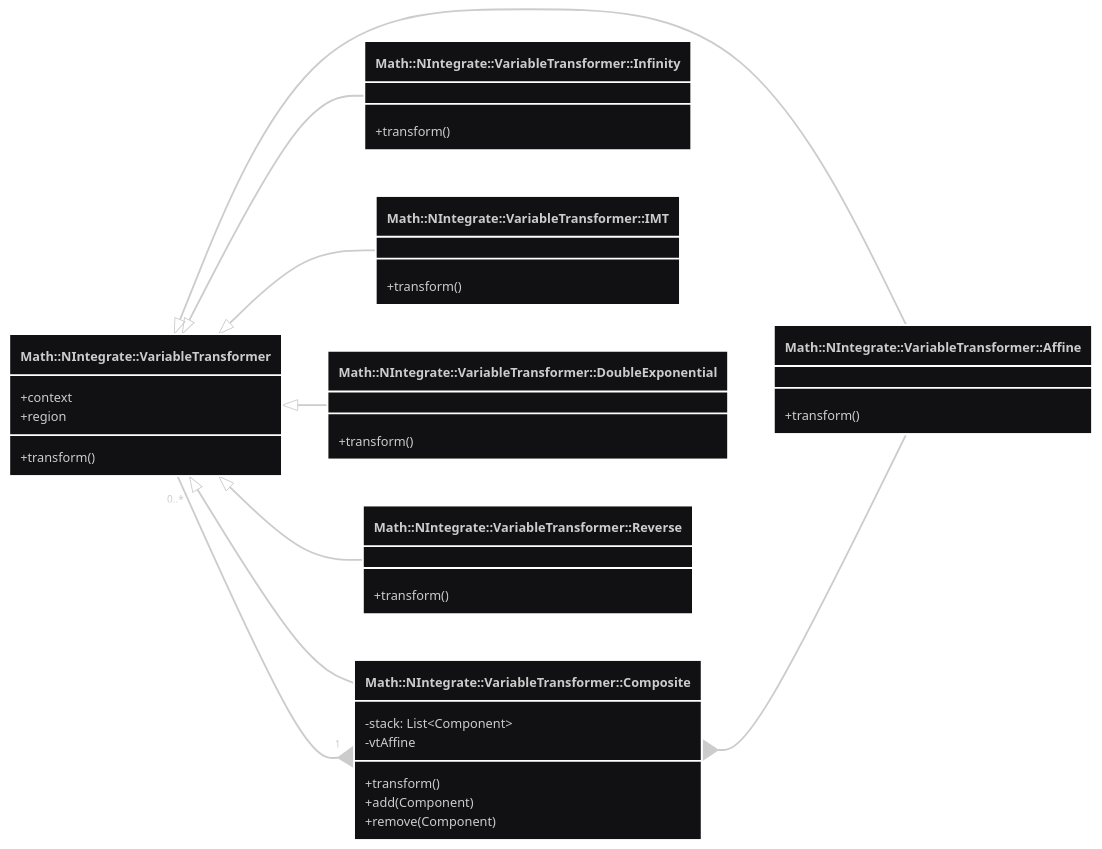
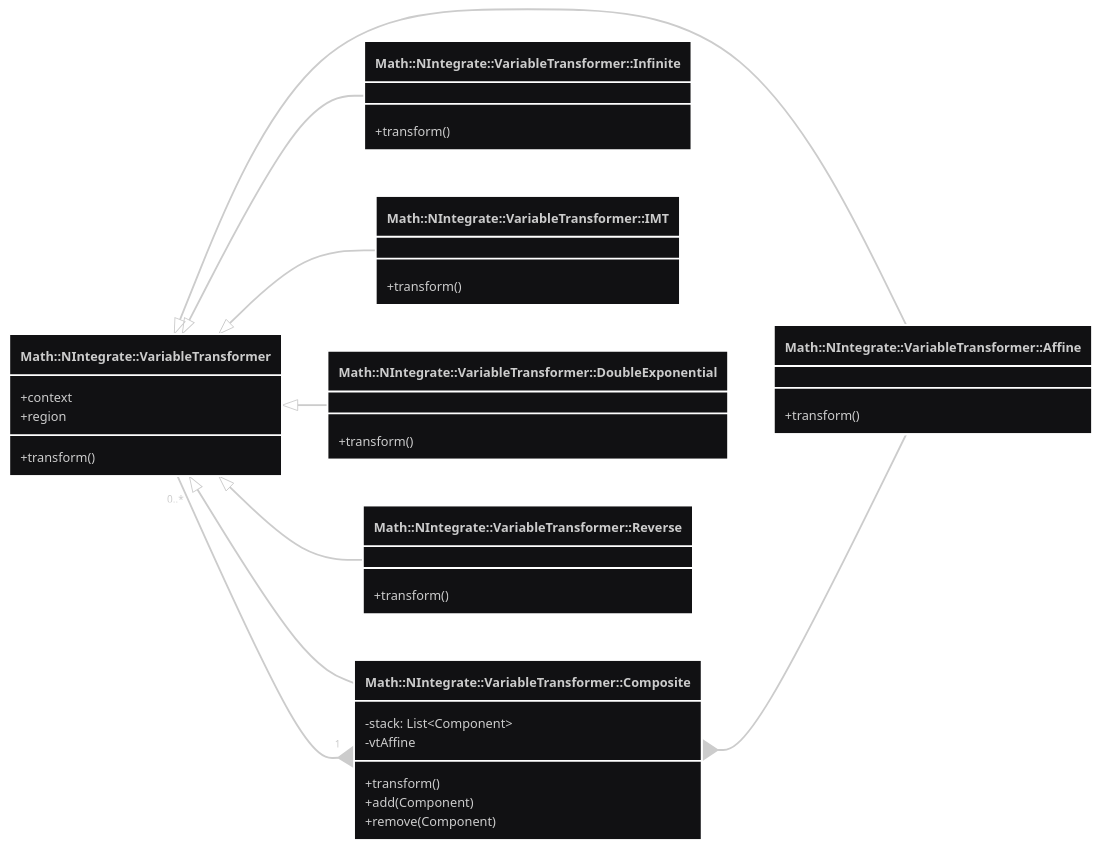
Before and after one commit to antononcube/Raku-Math-NIntegrate: the diagram in docs/Design.md, drawn with Mermaid. The commit also changed other lines of this file and 11 other files, not shown here.

Commit message:
refactor!:Better variable transformer name: Math::NIntegrate::VariableTransformer::Infinity -> Math::NIntegrate::VariableTransformer::Infinite .

````diff
--- a/docs/Design.md
+++ b/docs/Design.md
@@ -92,41 +92,41 @@
 ```mermaid
 %%{init: {"theme": "redux-dark-color"} }%%
 classDiagram
     direction LR
     class Component["Math::NIntegrate::VariableTransformer"] {
         +context
         +region
         +transform()
     }
     class Composite["Math::NIntegrate::VariableTransformer::Composite"] {
         -stack: List~Component~
         -vtAffine
         +transform()
         +add(Component)
         +remove(Component)
     }
     class Affine["Math::NIntegrate::VariableTransformer::Affine"] {
         +transform()
     }
-    class Infinity["Math::NIntegrate::VariableTransformer::Infinity"] {
+    class Infinite["Math::NIntegrate::VariableTransformer::Infinite"] {
         +transform()
     }
     class IMT["Math::NIntegrate::VariableTransformer::IMT"] {
         +transform()
     }
     class DoubleExponential["Math::NIntegrate::VariableTransformer::DoubleExponential"] {
         +transform()
     }
     class Reverse["Math::NIntegrate::VariableTransformer::Reverse"] {
         +transform()
     }
 
     Component <|-- Composite
     Component <|-- Affine
-    Component <|-- Infinity
+    Component <|-- Infinite
     Component <|-- IMT
     Component <|-- DoubleExponential
     Component <|-- Reverse
     Composite "1" *-- "0..*" Component
     Composite *-- Affine
 ```
````
